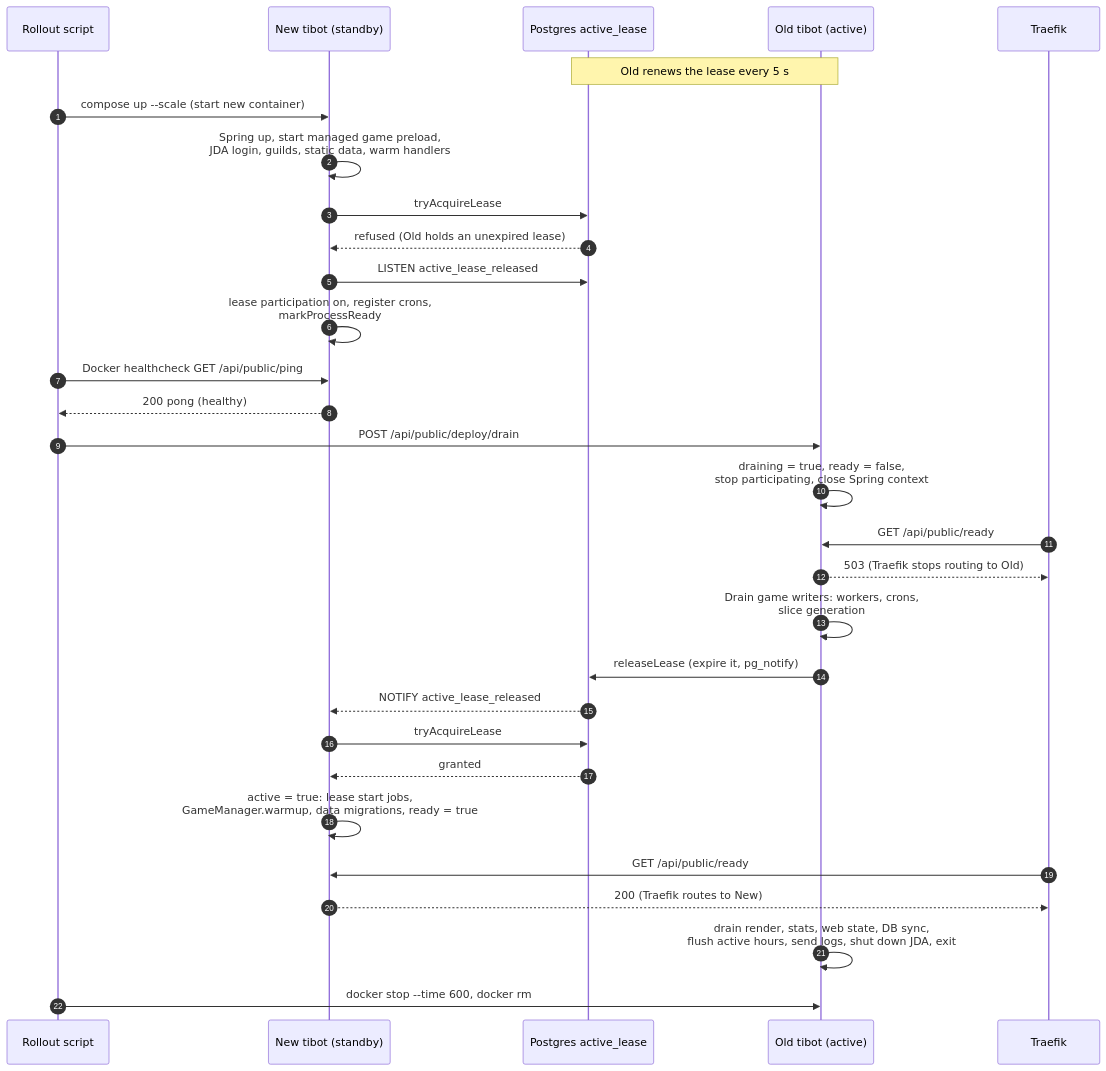
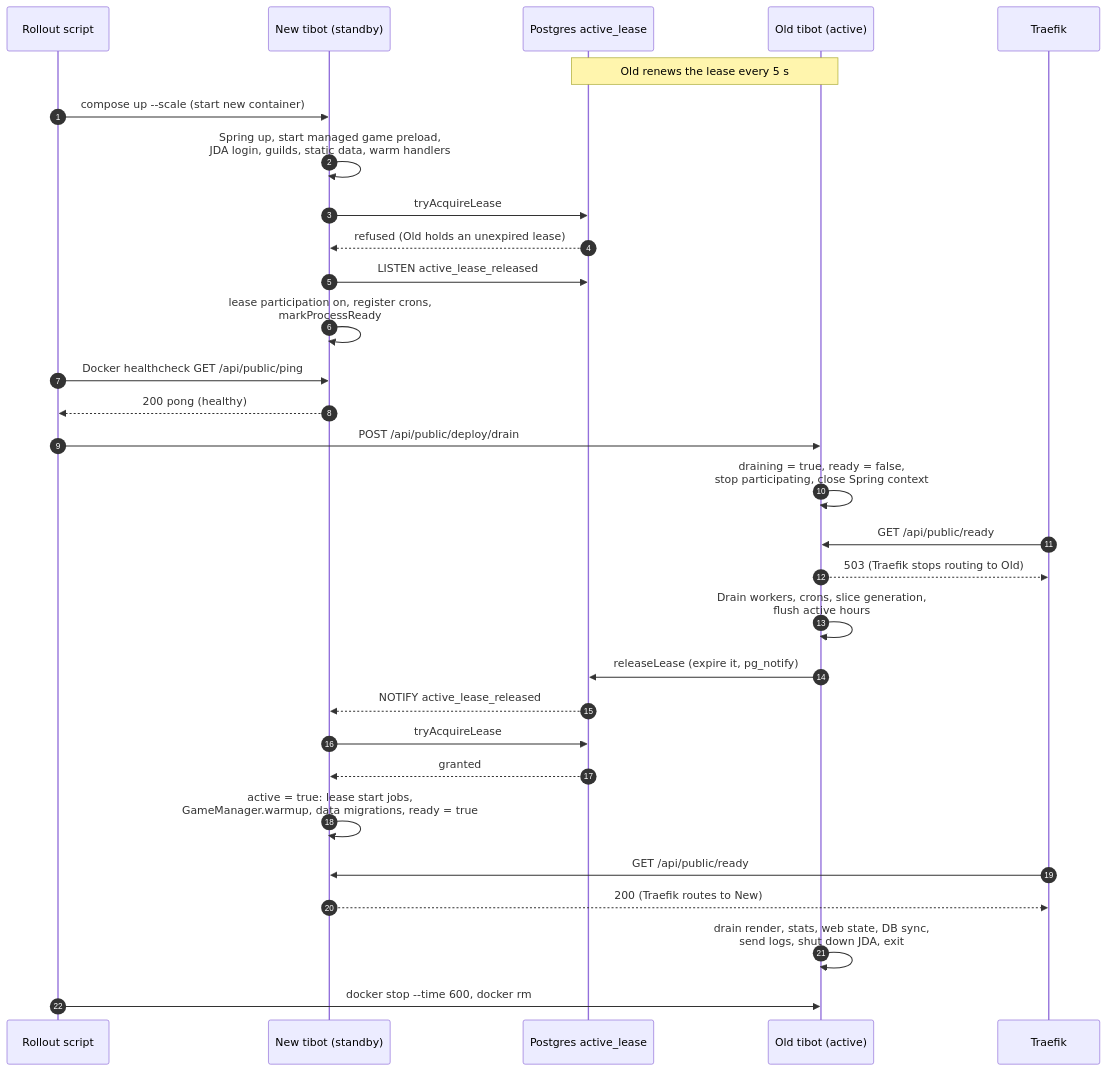
The third of 5 diagrams in DEPLOYMENT.md (AsyncTI4/TI4_map_generator_bot), drawn with Mermaid before and after one commit. The commit also changed other lines of this file and 2 other files, not shown here.

First line of the commit message:
Flush active hours before releasing the lease

````diff
--- a/DEPLOYMENT.md
+++ b/DEPLOYMENT.md
@@ -106,33 +106,33 @@
 ```mermaid
 sequenceDiagram
     autonumber
     participant Script as Rollout script
     participant New as New tibot (standby)
     participant DB as Postgres active_lease
     participant Old as Old tibot (active)
     participant Traefik
 
     Note over Old,DB: Old renews the lease every 5 s
     Script->>New: compose up --scale (start new container)
     New->>New: Spring up, start managed game preload,<br/>JDA login, guilds, static data, warm handlers
     New->>DB: tryAcquireLease
     DB-->>New: refused (Old holds an unexpired lease)
     New->>DB: LISTEN active_lease_released
     New->>New: lease participation on, register crons,<br/>markProcessReady
     Script->>New: Docker healthcheck GET /api/public/ping
     New-->>Script: 200 pong (healthy)
     Script->>Old: POST /api/public/deploy/drain
     Old->>Old: draining = true, ready = false,<br/>stop participating, close Spring context
     Traefik->>Old: GET /api/public/ready
     Old-->>Traefik: 503 (Traefik stops routing to Old)
-    Old->>Old: Drain game writers: workers, crons,<br/>slice generation
+    Old->>Old: Drain workers, crons, slice generation,<br/>flush active hours
     Old->>DB: releaseLease (expire it, pg_notify)
     DB-->>New: NOTIFY active_lease_released
     New->>DB: tryAcquireLease
     DB-->>New: granted
     New->>New: active = true: lease start jobs,<br/>GameManager.warmup, data migrations, ready = true
     Traefik->>New: GET /api/public/ready
     New-->>Traefik: 200 (Traefik routes to New)
-    Old->>Old: drain render, stats, web state, DB sync,<br/>flush active hours, send logs, shut down JDA, exit
+    Old->>Old: drain render, stats, web state, DB sync,<br/>send logs, shut down JDA, exit
     Script->>Old: docker stop --time 600, docker rm
 ```
````
